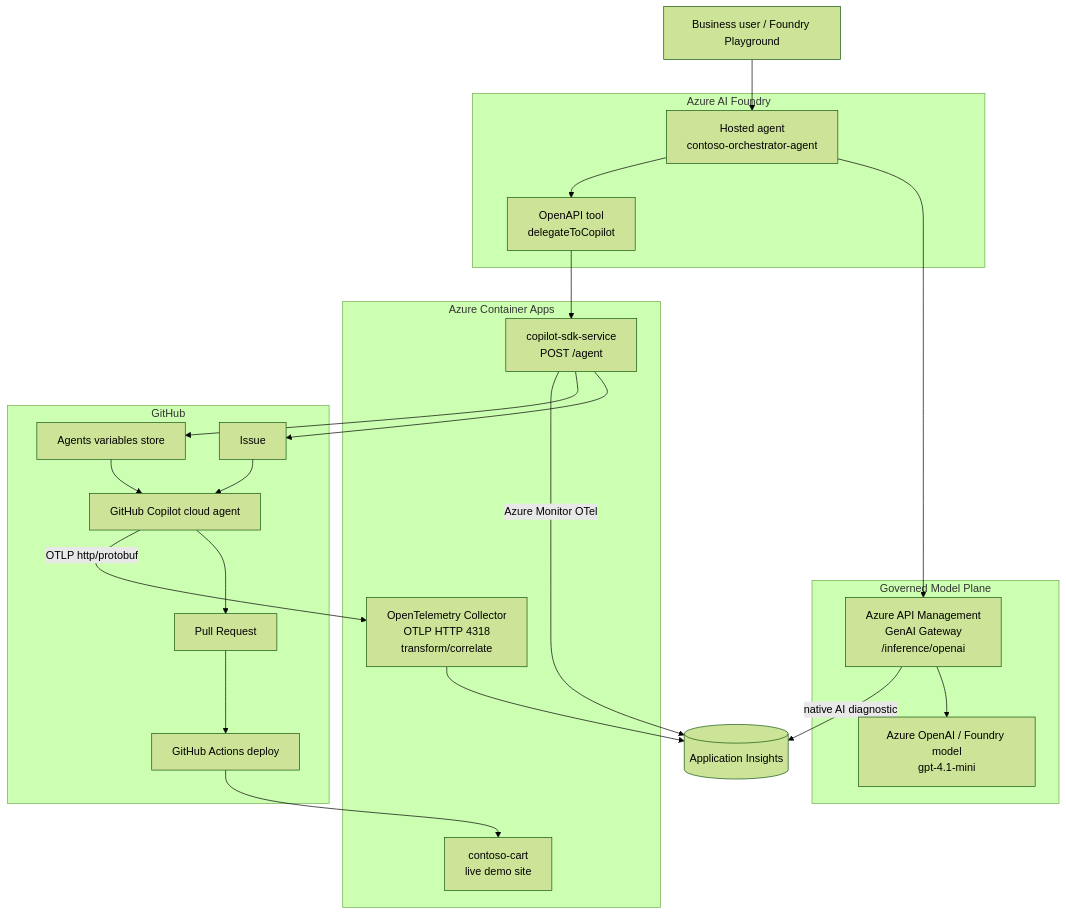
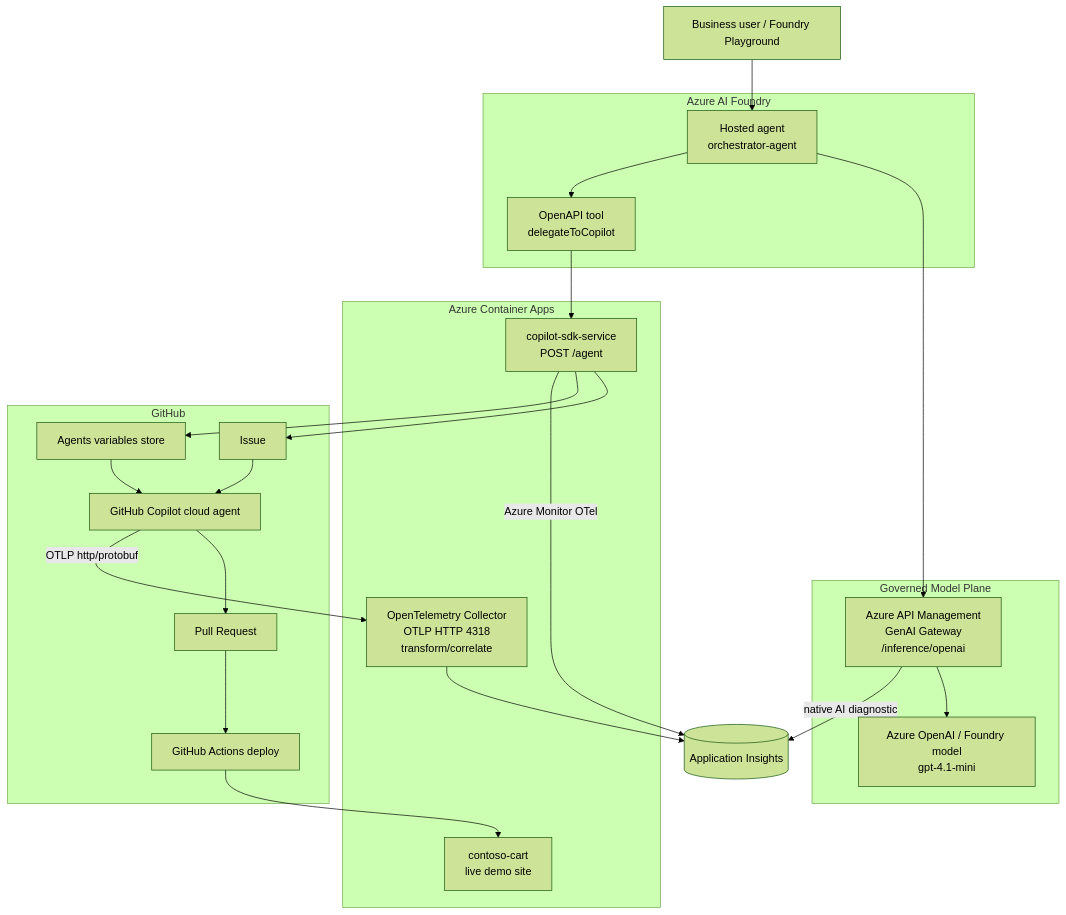
One commit to eduxfernandes05/agentic-sdlc-azure changed the first of 3 diagrams in docs/architecture.md. Above: the diagram before and after it, drawn with Mermaid (forest theme). The commit also changed 12 other files, not shown here.

````diff
--- a/docs/architecture.md
+++ b/docs/architecture.md
@@ -11,40 +11,40 @@
 ```mermaid
 flowchart TB
     User["Business user / Foundry Playground"]
 
     subgraph Foundry["Azure AI Foundry"]
-        Agent["Hosted agent<br/>contoso-orchestrator-agent"]
+        Agent["Hosted agent<br/>orchestrator-agent"]
         Tool["OpenAPI tool<br/>delegateToCopilot"]
     end
 
     subgraph Gateway["Governed Model Plane"]
         APIM["Azure API Management<br/>GenAI Gateway<br/>/inference/openai"]
         Model["Azure OpenAI / Foundry model<br/>gpt-4.1-mini"]
     end
 
     subgraph Runtime["Azure Container Apps"]
         API["copilot-sdk-service<br/>POST /agent"]
         Collector["OpenTelemetry Collector<br/>OTLP HTTP 4318<br/>transform/correlate"]
         Site["contoso-cart<br/>live demo site"]
     end
 
     subgraph GitHub["GitHub"]
         Issue["Issue"]
         Vars["Agents variables store"]
         Cloud["GitHub Copilot cloud agent"]
         PR["Pull Request"]
         Actions["GitHub Actions deploy"]
     end
 
     AI[("Application Insights")]
 
     User --> Agent
     Agent --> APIM --> Model
     Agent --> Tool --> API
     API --> Issue --> Cloud --> PR --> Actions --> Site
     API --> Vars --> Cloud
 
     APIM -- "native AI diagnostic" --> AI
     API -- "Azure Monitor OTel" --> AI
     Cloud -- "OTLP http/protobuf" --> Collector --> AI
 ```
````
